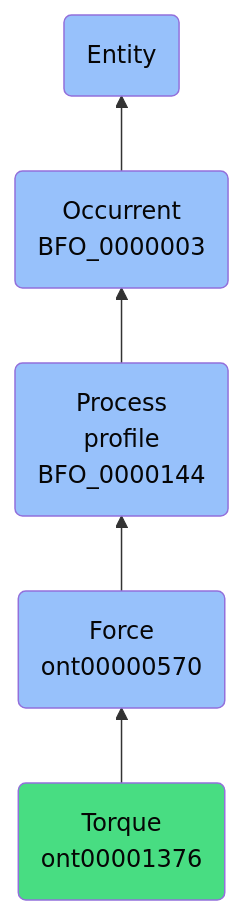
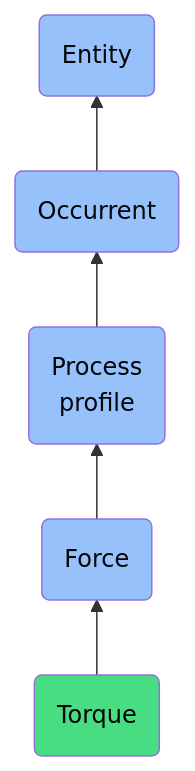
The diagram in docs/ontology/reference/model/Entity/Occurrent/Process profile/Force/Torque/Torque.md (jupyter-naas/abi), drawn with Mermaid before and after one commit. The commit also changed other lines of this file and 1430 other files, not shown here.

````diff
--- a/docs/ontology/reference/model/Entity/Occurrent/Process profile/Force/Torque/Torque.md
+++ b/docs/ontology/reference/model/Entity/Occurrent/Process profile/Force/Torque/Torque.md
@@ -24,12 +24,12 @@
 ```mermaid
 graph BT
-    ont00001376(Torque<br>ont00001376):::ABI-->ont00000570
-    ont00000570(Force<br>ont00000570):::BFO-->BFO_0000144
-    BFO_0000144(Process<br>profile<br>BFO_0000144):::BFO-->BFO_0000003
-    BFO_0000003(Occurrent<br>BFO_0000003):::BFO-->BFO_0000001
+    ont00001376(Torque):::ABI-->ont00000570
+    ont00000570(Force):::BFO-->BFO_0000144
+    BFO_0000144(Process<br>profile):::BFO-->BFO_0000003
+    BFO_0000003(Occurrent):::BFO-->BFO_0000001
     BFO_0000001(Entity):::BFO
     
     classDef BFO fill:#97c1fb,color:#060606
     classDef CCO fill:#e4c51e,color:#060606
     classDef ABI fill:#48DD82,color:#060606
 ```
````
